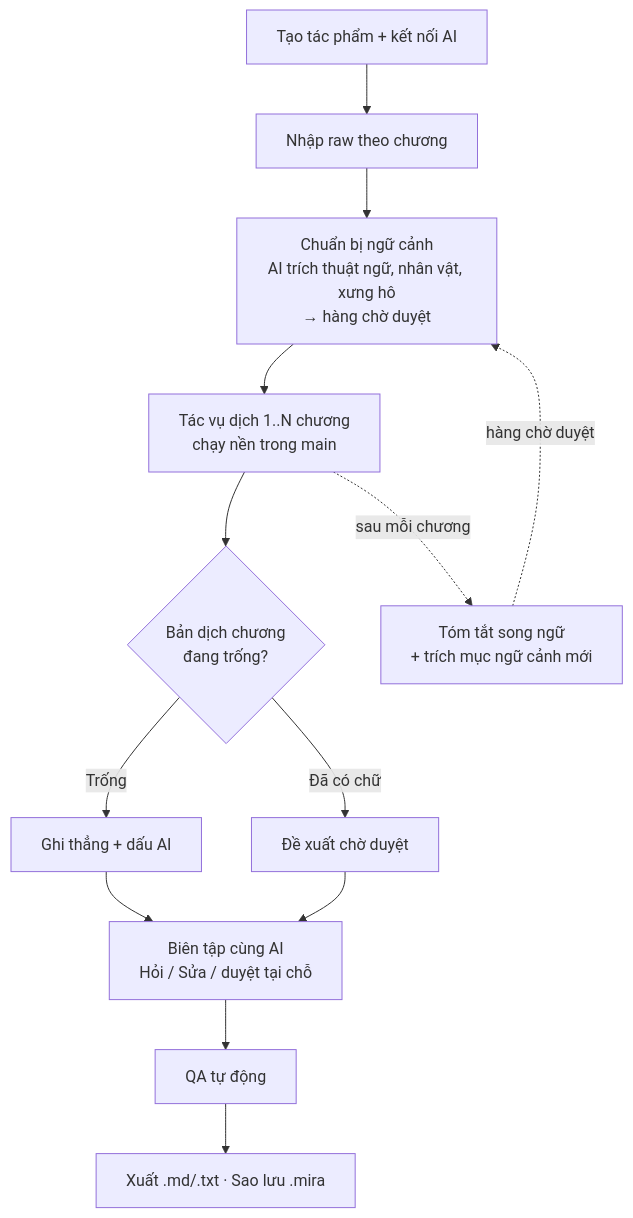
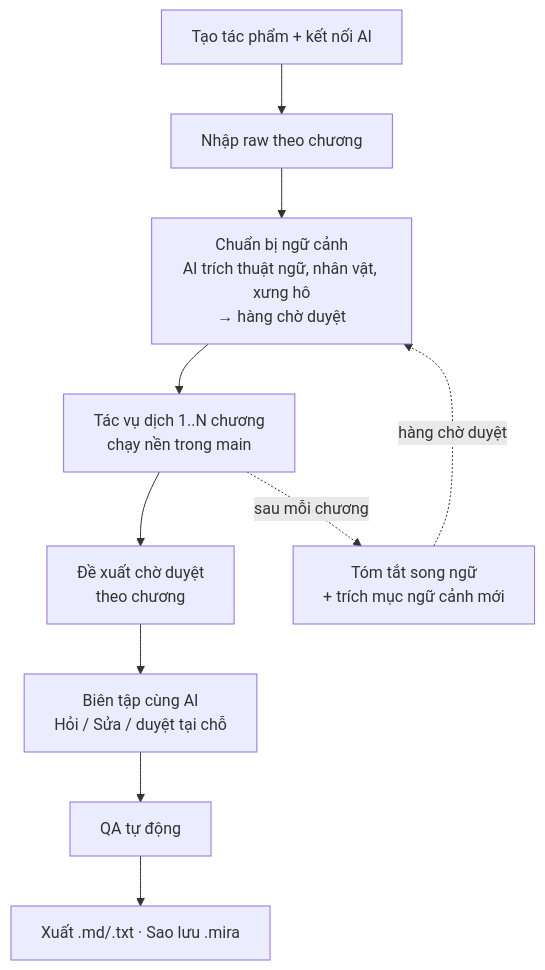
Before and after one commit to minh1904/app-novel: the first of 2 diagrams in docs/handbook/engineering/ai-first-architecture.md, drawn with Mermaid. The commit also changed other lines of this file and 111 other files, not shown here.

````diff
--- a/docs/handbook/engineering/ai-first-architecture.md
+++ b/docs/handbook/engineering/ai-first-architecture.md
@@ -102,15 +105,12 @@
 ```mermaid
 flowchart TD
     A[Tạo tác phẩm + kết nối AI] --> B[Nhập raw theo chương]
     B --> C[Chuẩn bị ngữ cảnh<br/>AI trích thuật ngữ, nhân vật, xưng hô<br/>→ hàng chờ duyệt]
     C --> D[Tác vụ dịch 1..N chương<br/>chạy nền trong main]
-    D --> E{Bản dịch chương<br/>đang trống?}
-    E -->|Trống| F[Ghi thẳng + dấu AI]
-    E -->|Đã có chữ| G[Đề xuất chờ duyệt]
-    F --> H[Biên tập cùng AI<br/>Hỏi / Sửa / duyệt tại chỗ]
-    G --> H
+    D --> G[Đề xuất chờ duyệt<br/>theo chương]
+    G --> H[Biên tập cùng AI<br/>Hỏi / Sửa / duyệt tại chỗ]
     H --> I[QA tự động]
     I --> J[Xuất .md/.txt · Sao lưu .mira]
     D -. sau mỗi chương .-> K[Tóm tắt song ngữ<br/>+ trích mục ngữ cảnh mới]
     K -. hàng chờ duyệt .-> C
 ```
````
